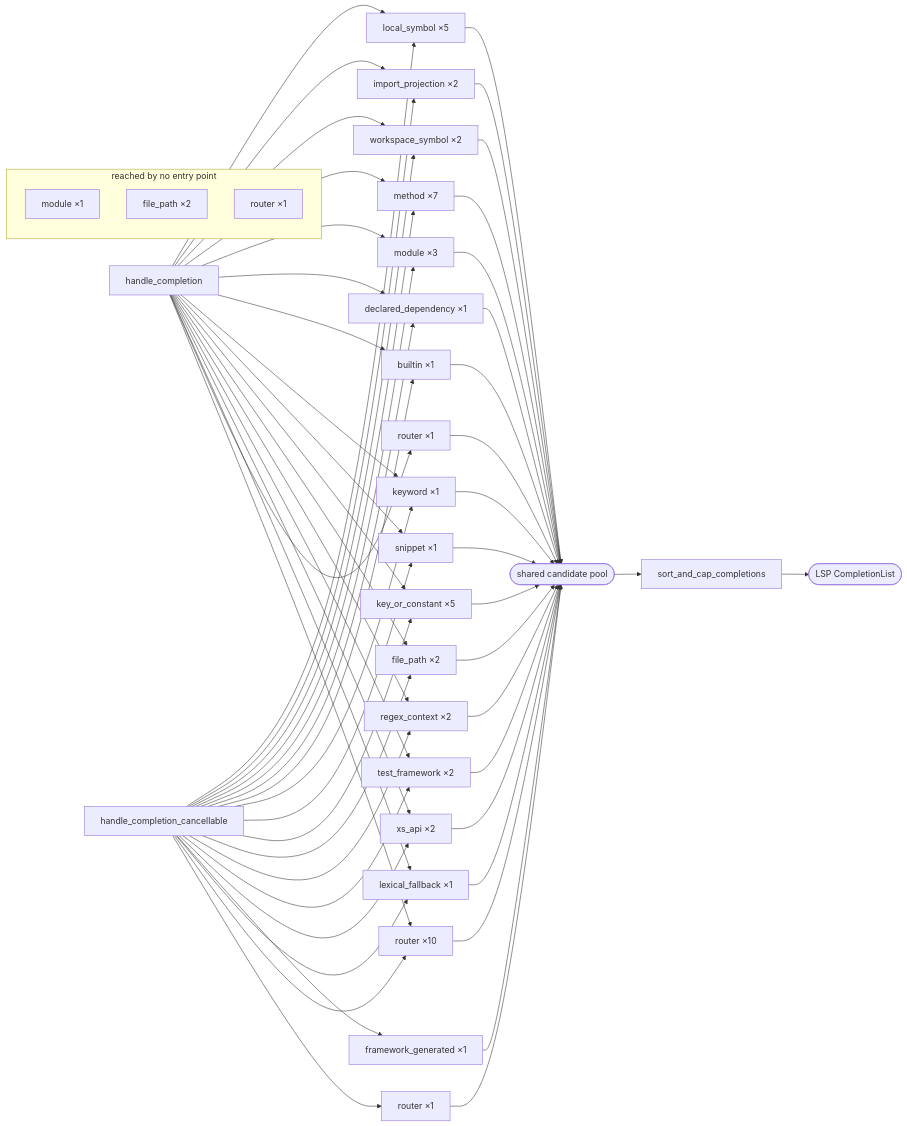
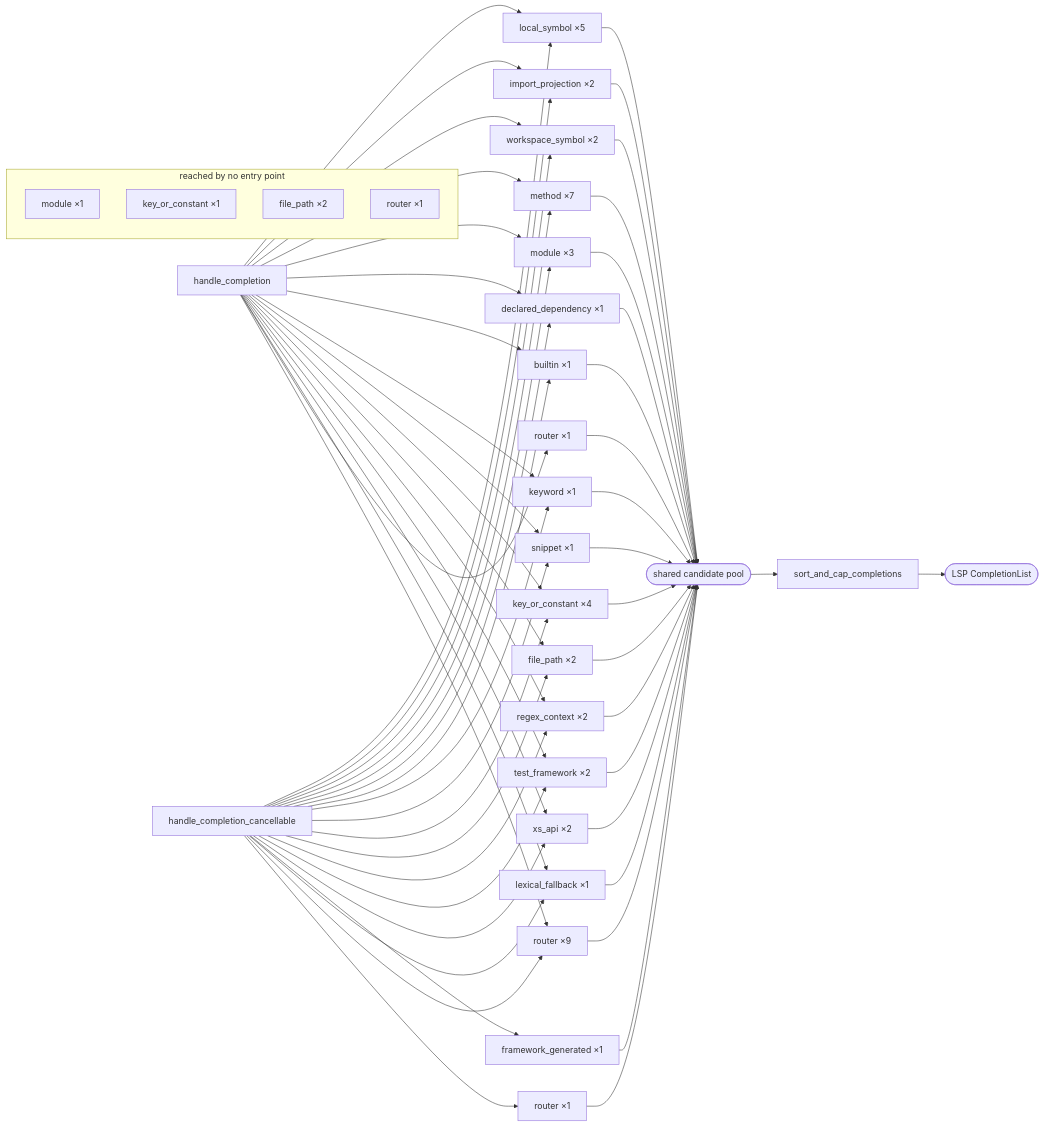
Before and after one commit to EffortlessMetrics/perl-lsp-swarm: the diagram in docs/architecture/completion-candidate-producers.md, drawn with Mermaid. The commit also changed other lines of this file and 2291 other files, not shown here.

```diff
--- a/docs/architecture/completion-candidate-producers.md
+++ b/docs/architecture/completion-candidate-producers.md
@@ -202,7 +202,7 @@
   nhandle_completion --> nsnippet_handle_completion_handle_completion_cancellable
   nhandle_completion_cancellable --> nsnippet_handle_completion_handle_completion_cancellable
   nsnippet_handle_completion_handle_completion_cancellable --> pool
-  nkey_or_constant_handle_completion_handle_completion_cancellable["key_or_constant ×5"]
+  nkey_or_constant_handle_completion_handle_completion_cancellable["key_or_constant ×4"]
   nhandle_completion --> nkey_or_constant_handle_completion_handle_completion_cancellable
   nhandle_completion_cancellable --> nkey_or_constant_handle_completion_handle_completion_cancellable
   nkey_or_constant_handle_completion_handle_completion_cancellable --> pool
@@ -232,7 +232,7 @@
   nrouter_handle_completion["router ×1"]
   nhandle_completion --> nrouter_handle_completion
   nrouter_handle_completion --> pool
-  nrouter_handle_completion_handle_completion_cancellable["router ×10"]
+  nrouter_handle_completion_handle_completion_cancellable["router ×9"]
   nhandle_completion --> nrouter_handle_completion_handle_completion_cancellable
   nhandle_completion_cancellable --> nrouter_handle_completion_handle_completion_cancellable
   nrouter_handle_completion_handle_completion_cancellable --> pool
@@ -243,6 +243,7 @@
   final --> wire
   subgraph unreached ["reached by no entry point"]
     nunreached_module["module ×1"]
+    nunreached_key_or_constant["key_or_constant ×1"]
     nunreached_file_path["file_path ×2"]
     nunreached_router["router ×1"]
   end
```
